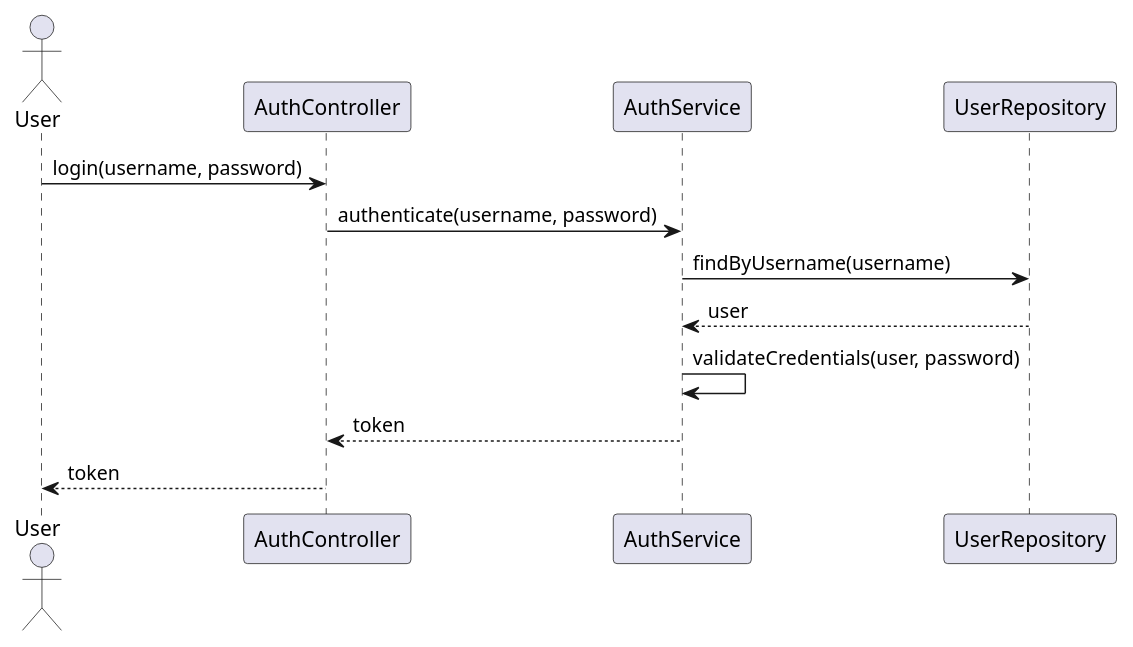
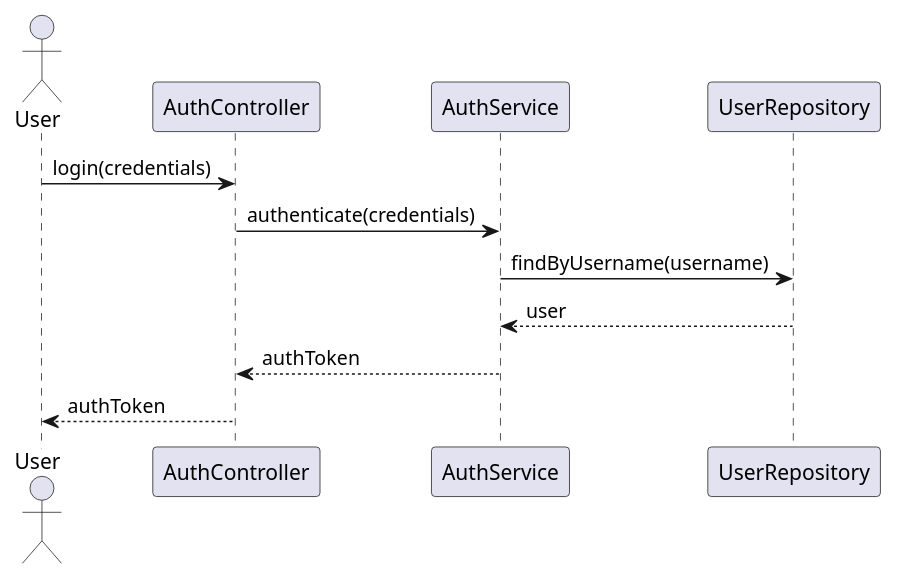
Before and after one commit to Dinesh-s95/AutoDoc.ai: the second of 4 diagrams in enrollment/documentation/detaileddesign.adoc, drawn with PlantUML. The commit also changed other lines of this file and 5 other files, not shown here.

```diff
--- a/enrollment/documentation/detaileddesign.adoc
+++ b/enrollment/documentation/detaileddesign.adoc
@@ -206,17 +199,16 @@
 [plantuml, authentication-sequence, png]
 ----
 @startuml
 actor User
-participant "AuthController" as Controller
-participant "AuthService" as Service
-participant "UserRepository" as Repository
+participant "AuthController" as AC
+participant "AuthService" as AS
+participant "UserRepository" as UR
 
-User -> Controller : login(username, password)
-Controller -> Service : authenticate(username, password)
-Service -> Repository : findByUsername(username)
-Repository --> Service : user
-Service -> Service : validateCredentials(user, password)
-Service --> Controller : token
-Controller --> User : token
+User -> AC : login(credentials)
+AC -> AS : authenticate(credentials)
+AS -> UR : findByUsername(username)
+UR --> AS : user
+AS --> AC : authToken
+AC --> User : authToken
 @enduml
 ----
```
